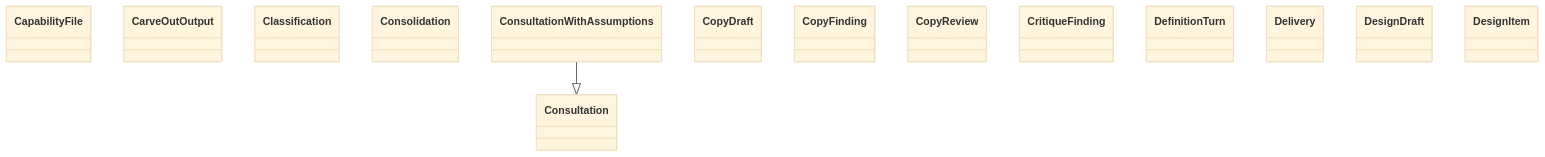
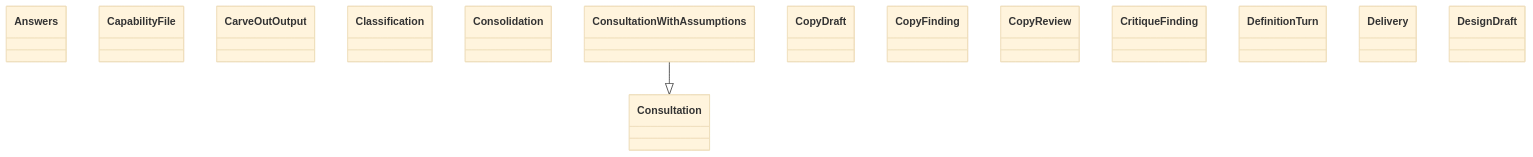
One commit to GonzaloZevallos/agentic-system changed the diagram in docs/architecture/generated/classes-process-domain-roles-2.md. Above: the diagram before and after it, drawn with Mermaid (base theme). The commit also changed other lines of this file and 9 other files, not shown here.

````diff
--- a/docs/architecture/generated/classes-process-domain-roles-2.md
+++ b/docs/architecture/generated/classes-process-domain-roles-2.md
@@ -31,18 +31,18 @@
 ```mermaid
 classDiagram
+    class schemas__Answers["Answers"]
     class schemas__CapabilityFile["CapabilityFile"]
     class schemas__CarveOutOutput["CarveOutOutput"]
     class schemas__Classification["Classification"]
     class schemas__Consolidation["Consolidation"]
     class schemas__Consultation["Consultation"]
     class schemas__ConsultationWithAssumptions["ConsultationWithAssumptions"]
     class schemas__CopyDraft["CopyDraft"]
     class schemas__CopyFinding["CopyFinding"]
     class schemas__CopyReview["CopyReview"]
     class schemas__CritiqueFinding["CritiqueFinding"]
     class schemas__DefinitionTurn["DefinitionTurn"]
     class schemas__Delivery["Delivery"]
     class schemas__DesignDraft["DesignDraft"]
-    class schemas__DesignItem["DesignItem"]
     schemas__ConsultationWithAssumptions --|> schemas__Consultation
 ```
````
